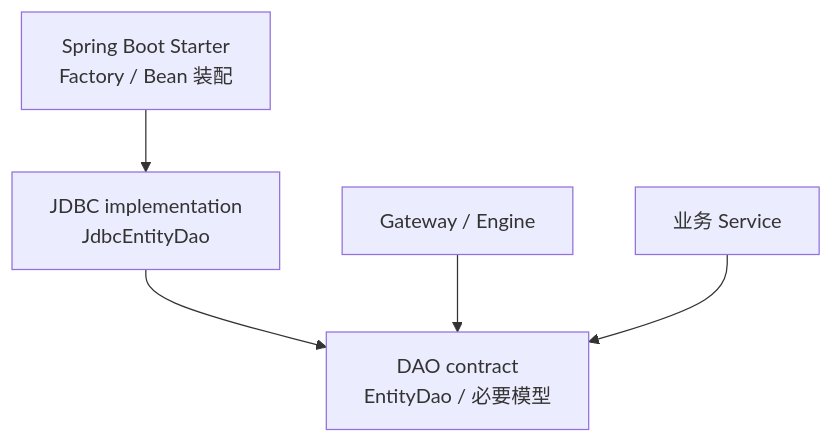
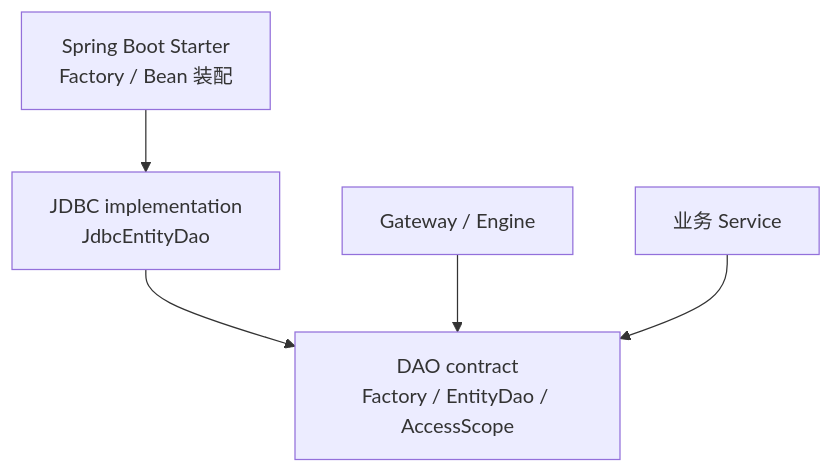
Before and after one commit to ent-loom/ent-loom: the second of 2 diagrams in docs/architecture/components/crud/实体DAO.md, drawn with Mermaid. The commit also changed other lines of this file and 2 other files, not shown here.

````diff
--- a/docs/architecture/components/crud/实体DAO.md
+++ b/docs/architecture/components/crud/实体DAO.md
@@ -87,13 +317,13 @@
 ```mermaid
 flowchart TB
-    contract["DAO contract<br/>EntityDao / 必要模型"]
+    contract["DAO contract<br/>Factory / EntityDao / AccessScope"]
     jdbc["JDBC implementation<br/>JdbcEntityDao"]
     starter["Spring Boot Starter<br/>Factory / Bean 装配"]
     gateway["Gateway / Engine"]
     business["业务 Service"]
 
     jdbc --> contract
     starter --> jdbc
     gateway --> contract
     business --> contract
 ```
````
